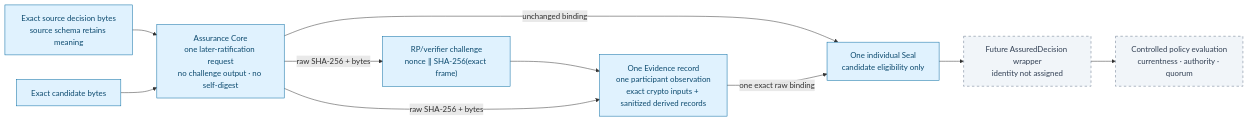
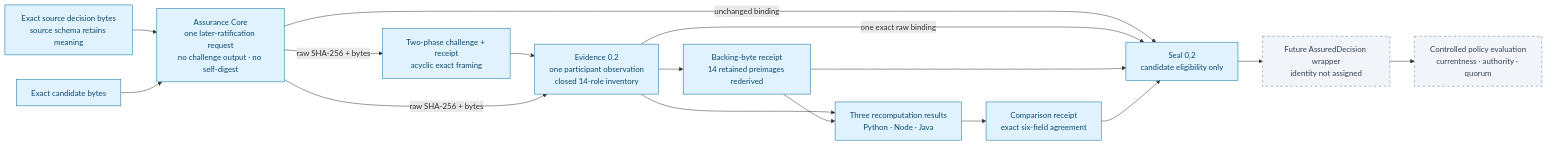
Before and after one commit to manfromnowhere143/odeya: the first of 2 diagrams in docs/HUMAN_DECISION_ASSURANCE.md, drawn with Mermaid. The commit also changed other lines of this file and 105 other files, not shown here.

First line of the commit message:
architecture: retain byte-bound HDA successor evidence

````diff
--- a/docs/HUMAN_DECISION_ASSURANCE.md
+++ b/docs/HUMAN_DECISION_ASSURANCE.md
@@ -40,25 +43,34 @@
 ```mermaid
 flowchart LR
     D["Exact source decision bytes<br/>source schema retains meaning"]
     M["Exact candidate bytes"]
     C["Assurance Core<br/>one later-ratification request<br/>no challenge output · no self-digest"]
-    H["RP/verifier challenge<br/>nonce ∥ SHA-256(exact frame)"]
-    E["One Evidence record<br/>one participant observation<br/>exact crypto inputs + sanitized derived records"]
-    S["One individual Seal<br/>candidate eligibility only"]
+    H["Two-phase challenge + receipt<br/>acyclic exact framing"]
+    E["Evidence 0.2<br/>one participant observation<br/>closed 14-role inventory"]
+    B["Backing-byte receipt<br/>14 retained preimages rederived"]
+    R["Three recomputation results<br/>Python · Node · Java"]
+    X["Comparison receipt<br/>exact six-field agreement"]
+    S["Seal 0.2<br/>candidate eligibility only"]
     W["Future AssuredDecision wrapper<br/>identity not assigned"]
     P["Controlled policy evaluation<br/>currentness · authority · quorum"]
 
     D --> C
     M --> C
     C -->|raw SHA-256 + bytes| H
     H --> E
     C -->|raw SHA-256 + bytes| E
+    E --> B
+    E --> R
+    B --> R
+    R --> X
     C -->|unchanged binding| S
     E -->|one exact raw binding| S
+    B --> S
+    X --> S
     S --> W --> P
 
     classDef current fill:#E0F2FE,stroke:#0369A1,color:#0C4A6E
     classDef later fill:#F1F5F9,stroke:#64748B,color:#334155,stroke-dasharray: 5 5
-    class D,M,C,H,E,S current
+    class D,M,C,H,E,B,R,X,S current
     class W,P later
 ```
````
